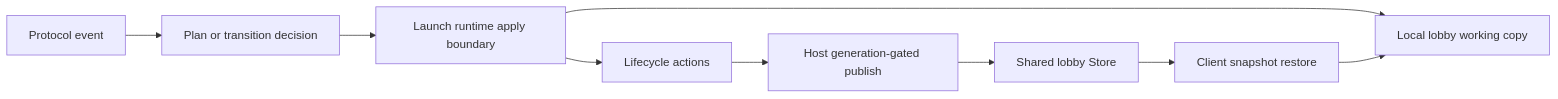
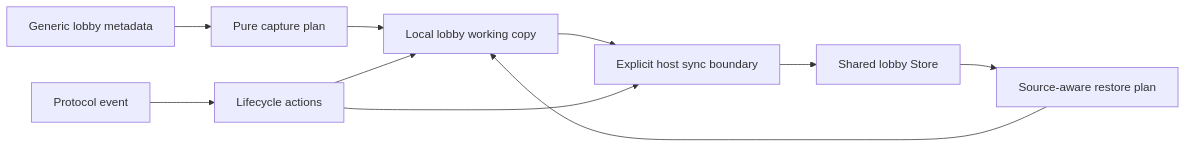
Before and after one commit to Svenmax/gbe_fork: the diagram in .monkeycode/specs/gc-launch-runtime-single-write/design.md, drawn with Mermaid. The commit also changed other lines of this file and 37 other files, not shown here.

````diff
--- a/.monkeycode/specs/gc-launch-runtime-single-write/design.md
+++ b/.monkeycode/specs/gc-launch-runtime-single-write/design.md
@@ -12,11 +12,12 @@
 ```mermaid
 flowchart LR
-    Event["Protocol event"] --> Plan["Plan or transition decision"]
-    Plan --> Apply["Launch runtime apply boundary"]
-    Apply --> Local["Local lobby working copy"]
-    Apply --> Actions["Lifecycle actions"]
-    Actions --> Publish["Host generation-gated publish"]
-    Publish --> Store["Shared lobby Store"]
-    Store --> Restore["Client snapshot restore"]
+    Generic["Generic lobby metadata"] --> Capture["Pure capture plan"]
+    Capture --> Local["Local lobby working copy"]
+    Local --> Sync["Explicit host sync boundary"]
+    Sync --> Store["Shared lobby Store"]
+    Store --> Restore["Source-aware restore plan"]
     Restore --> Local
+    Event["Protocol event"] --> Actions["Lifecycle actions"]
+    Actions --> Local
+    Actions --> Sync
 ```
````
